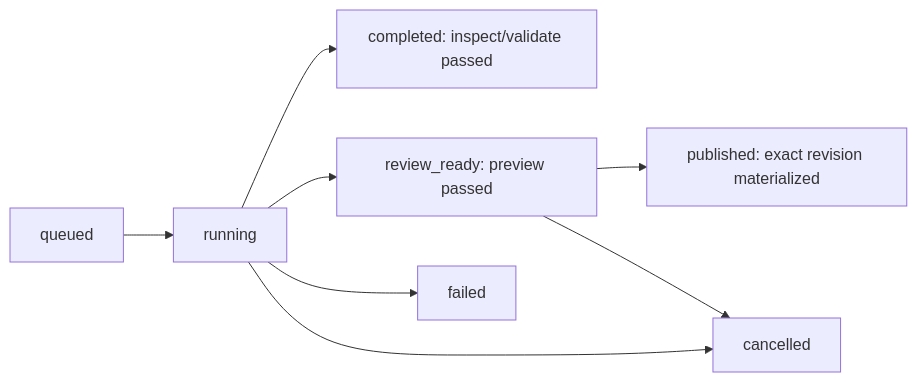
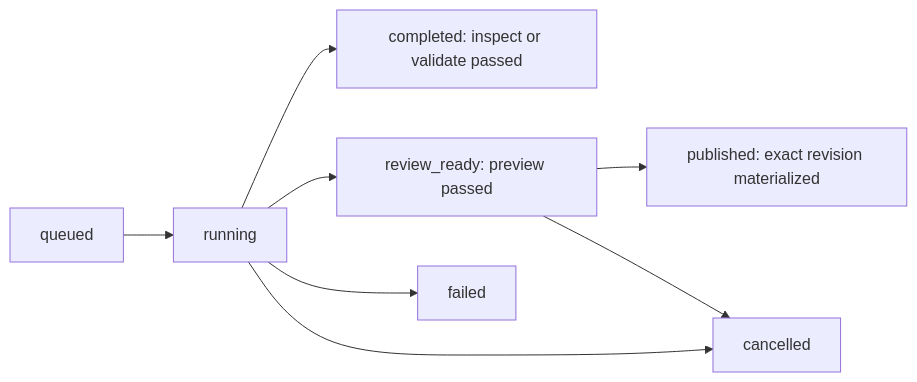
The second of 2 diagrams in documents/architecture/artifact-fabric.md (evoelsewhere/evoflux), drawn with Mermaid before and after one commit. The commit also changed other lines of this file and 166 other files, not shown here.

````diff
--- a/documents/architecture/artifact-fabric.md
+++ b/documents/architecture/artifact-fabric.md
@@ -76,10 +93,10 @@
 ```mermaid
 flowchart LR
     Q["queued"] --> R["running"]
-    R --> C["completed: inspect/validate passed"]
+    R --> C["completed: inspect or validate passed"]
     R --> V["review_ready: preview passed"]
     R --> F["failed"]
     R --> X["cancelled"]
     V --> P["published: exact revision materialized"]
     V --> X
 ```
````
